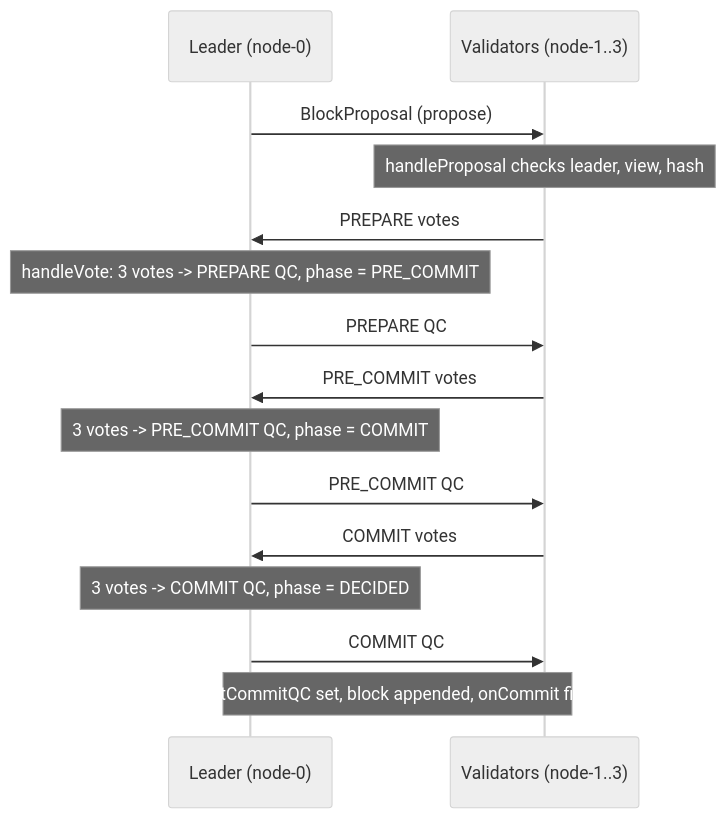
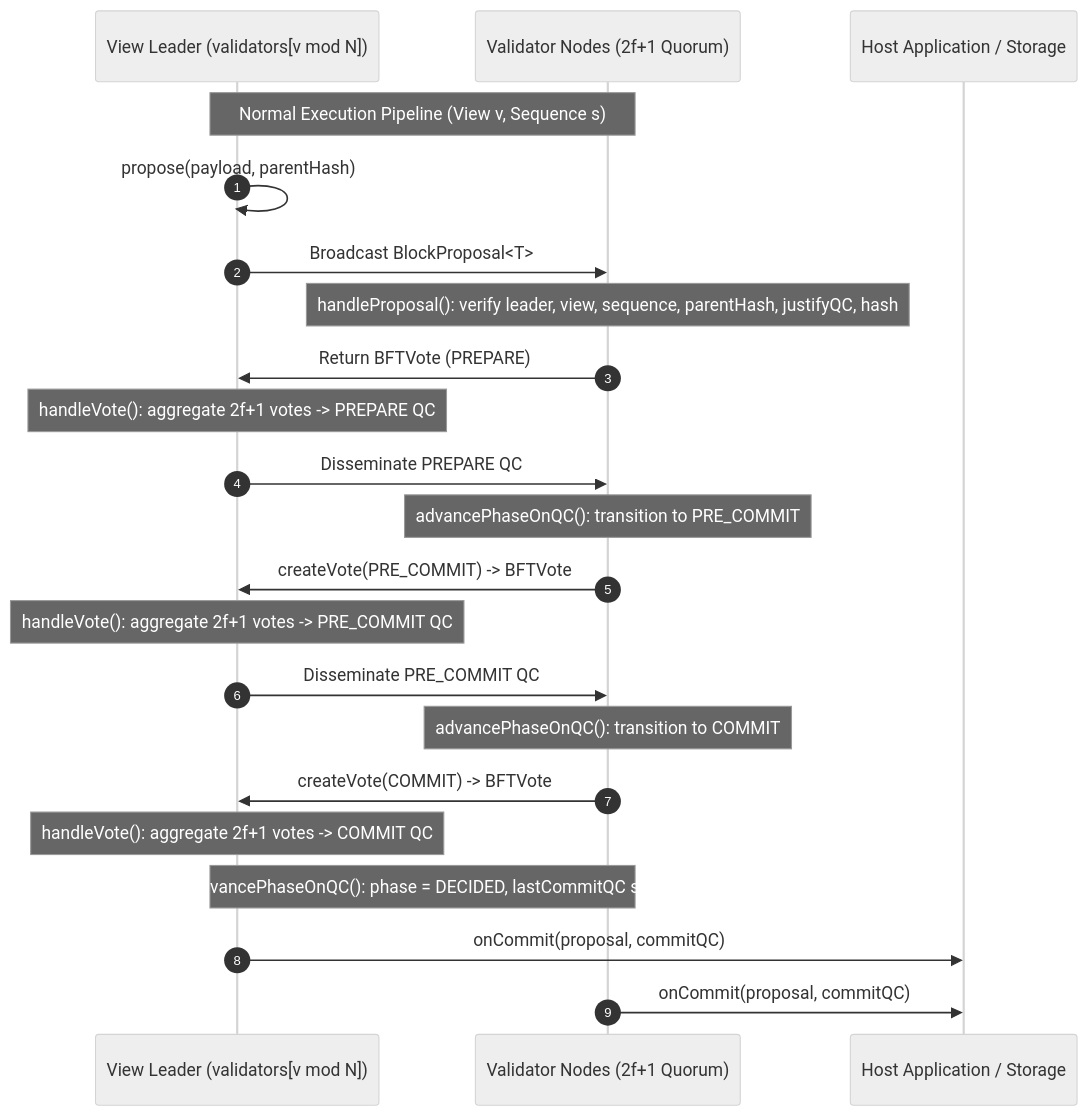
The first of 2 diagrams in docs/consensus/BFT_CONSENSUS_COORDINATOR.md (SatyamPandey-07/WorkSphere), drawn with Mermaid (neutral theme) before and after one commit. The commit also changed other lines of this file, not shown here.

First line of the commit message:
docs(consensus): specify BFT view-change quorum protocol (#10131)

````diff
--- a/docs/consensus/BFT_CONSENSUS_COORDINATOR.md
+++ b/docs/consensus/BFT_CONSENSUS_COORDINATOR.md
@@ -119,18 +72,25 @@
 ```mermaid
 sequenceDiagram
-    participant L as Leader (node-0)
-    participant V as Validators (node-1..3)
+    autonumber
+    participant L as View Leader (validators[v mod N])
+    participant V as Validator Nodes (2f+1 Quorum)
+    participant Host as Host Application / Storage
 
-    L->>V: BlockProposal (propose)
-    Note over V: handleProposal checks leader, view, hash
-    V->>L: PREPARE votes
-    Note over L: handleVote: 3 votes -> PREPARE QC, phase = PRE_COMMIT
-    L->>V: PREPARE QC
-    V->>L: PRE_COMMIT votes
-    Note over L: 3 votes -> PRE_COMMIT QC, phase = COMMIT
-    L->>V: PRE_COMMIT QC
-    V->>L: COMMIT votes
-    Note over L: 3 votes -> COMMIT QC, phase = DECIDED
-    L->>V: COMMIT QC
-    Note over L,V: lastCommitQC set, block appended, onCommit fires
+    Note over L,V: Normal Execution Pipeline (View v, Sequence s)
+    L->>L: propose(payload, parentHash)
+    L->>V: Broadcast BlockProposal<T>
+    Note over V: handleProposal(): verify leader, view, sequence, parentHash, justifyQC, hash
+    V->>L: Return BFTVote (PREPARE)
+    Note over L: handleVote(): aggregate 2f+1 votes -> PREPARE QC
+    L->>V: Disseminate PREPARE QC
+    Note over V: advancePhaseOnQC(): transition to PRE_COMMIT
+    V->>L: createVote(PRE_COMMIT) -> BFTVote
+    Note over L: handleVote(): aggregate 2f+1 votes -> PRE_COMMIT QC
+    L->>V: Disseminate PRE_COMMIT QC
+    Note over V: advancePhaseOnQC(): transition to COMMIT
+    V->>L: createVote(COMMIT) -> BFTVote
+    Note over L: handleVote(): aggregate 2f+1 votes -> COMMIT QC
+    Note over L,V: advancePhaseOnQC(): phase = DECIDED, lastCommitQC set
+    L->>Host: onCommit(proposal, commitQC)
+    V->>Host: onCommit(proposal, commitQC)
 ```
````
